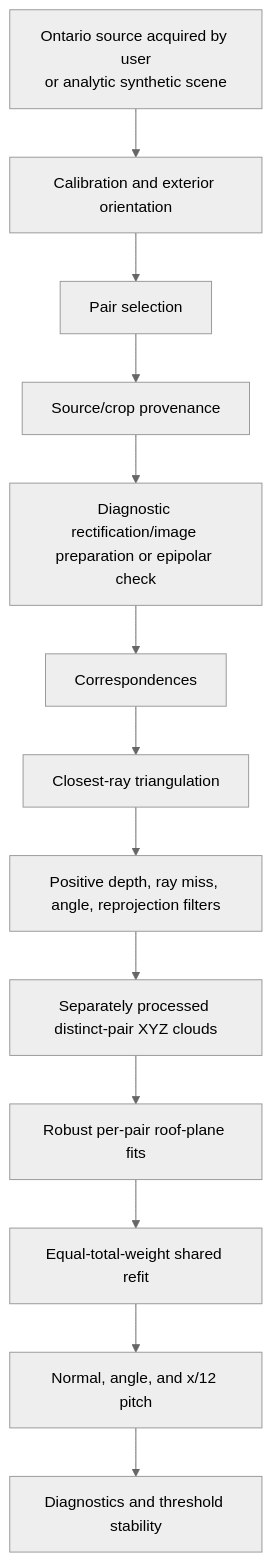
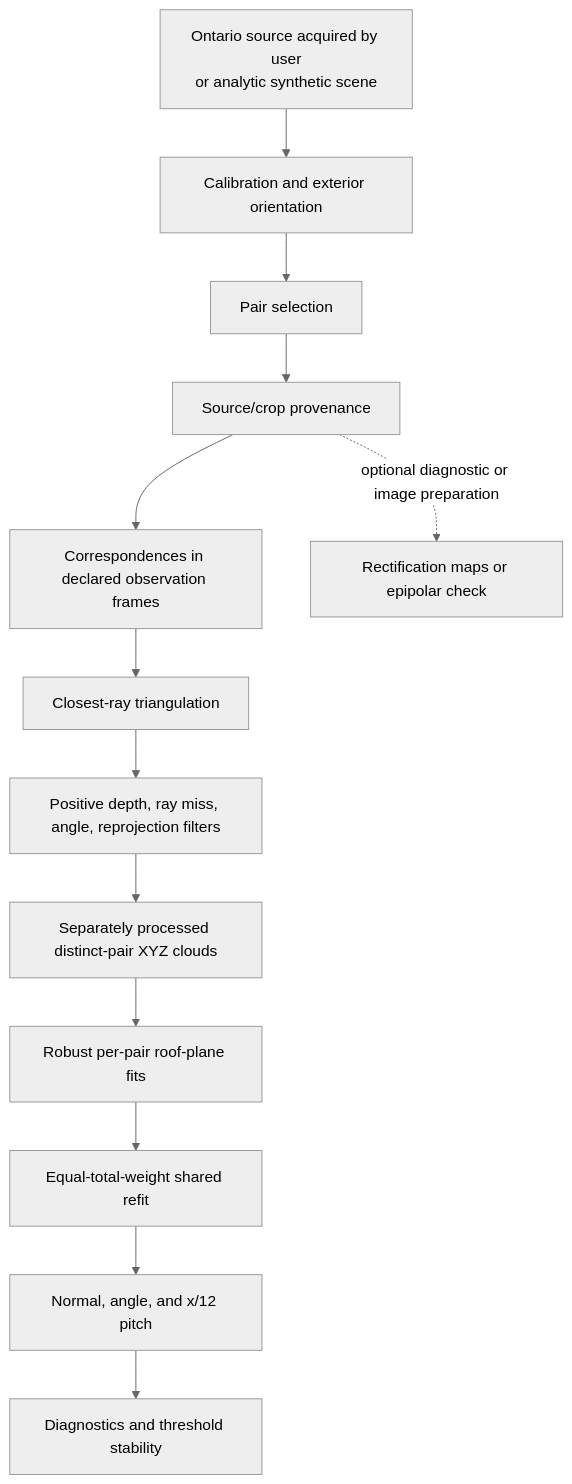
Before and after one commit to Quinnytrott/aerial-stereo-roof-pitch: the diagram in README.md, drawn with Mermaid (neutral theme). The commit also changed other lines of this file and 16 other files, not shown here.

````diff
--- a/README.md
+++ b/README.md
@@ -28,15 +41,15 @@
 ```mermaid
 flowchart TD
     A[Ontario source acquired by user\nor analytic synthetic scene] --> B[Calibration and exterior orientation]
     B --> C[Pair selection]
     C --> D[Source/crop provenance]
-    D --> E[Diagnostic rectification/image preparation or epipolar check]
-    E --> F[Correspondences]
+    D --> F[Correspondences in declared observation frames]
+    D -. optional diagnostic or image preparation .-> E[Rectification maps or epipolar check]
     F --> G[Closest-ray triangulation]
     G --> H[Positive depth, ray miss, angle, reprojection filters]
     H --> I[Separately processed distinct-pair XYZ clouds]
     I --> J[Robust per-pair roof-plane fits]
     J --> K[Equal-total-weight shared refit]
     K --> L[Normal, angle, and x/12 pitch]
     L --> M[Diagnostics and threshold stability]
 ```
````
